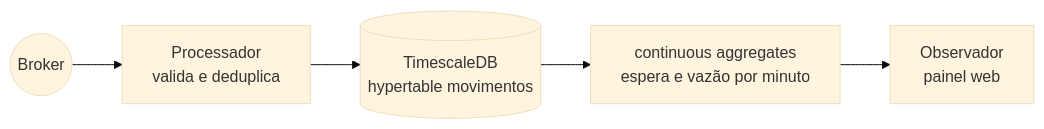
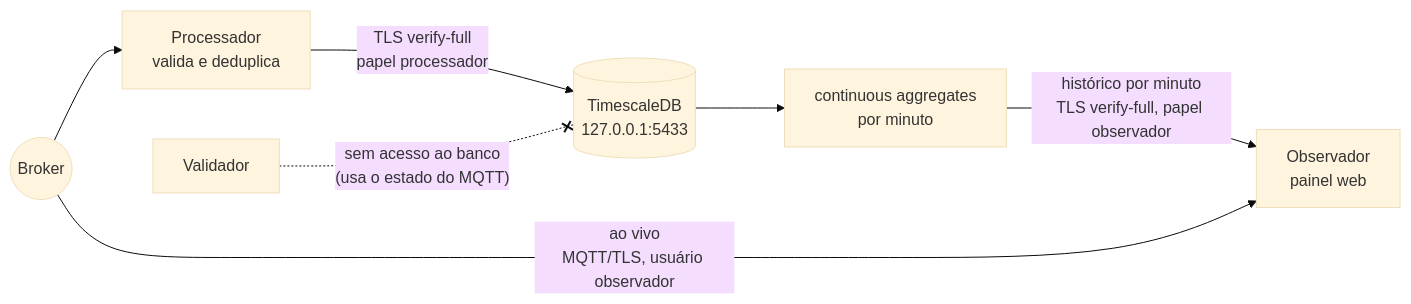
Before and after one commit to UFG-INF-SSU-2026/Leite-de-Pedra: the sixth of 8 diagrams in docs/ARQUITETURA.md, drawn with Mermaid (base theme). The commit also changed other lines of this file and 2 other files, not shown here.

First line of the commit message:
docs: documentar banco, entrega garantida e painel do observador

````diff
--- a/docs/ARQUITETURA.md
+++ b/docs/ARQUITETURA.md
@@ -290,7 +289,9 @@
 ```mermaid
 flowchart LR
     B(("Broker")) --> C["Processador<br/>valida e deduplica"]
-    C --> T[("TimescaleDB<br/>hypertable movimentos")]
-    T --> AG["continuous aggregates<br/>espera e vazão por minuto"]
-    AG --> O["Observador<br/>painel web"]
+    C -- "TLS verify-full<br/>papel processador" --> T[("TimescaleDB<br/>127.0.0.1:5433")]
+    T --> AG["continuous aggregates<br/>por minuto"]
+    AG -- "histórico por minuto<br/>TLS verify-full, papel observador" --> O["Observador<br/>painel web"]
+    B -- "ao vivo<br/>MQTT/TLS, usuário observador" --> O
+    V["Validador"] -. "sem acesso ao banco<br/>(usa o estado do MQTT)" .-x T
 ```
````
